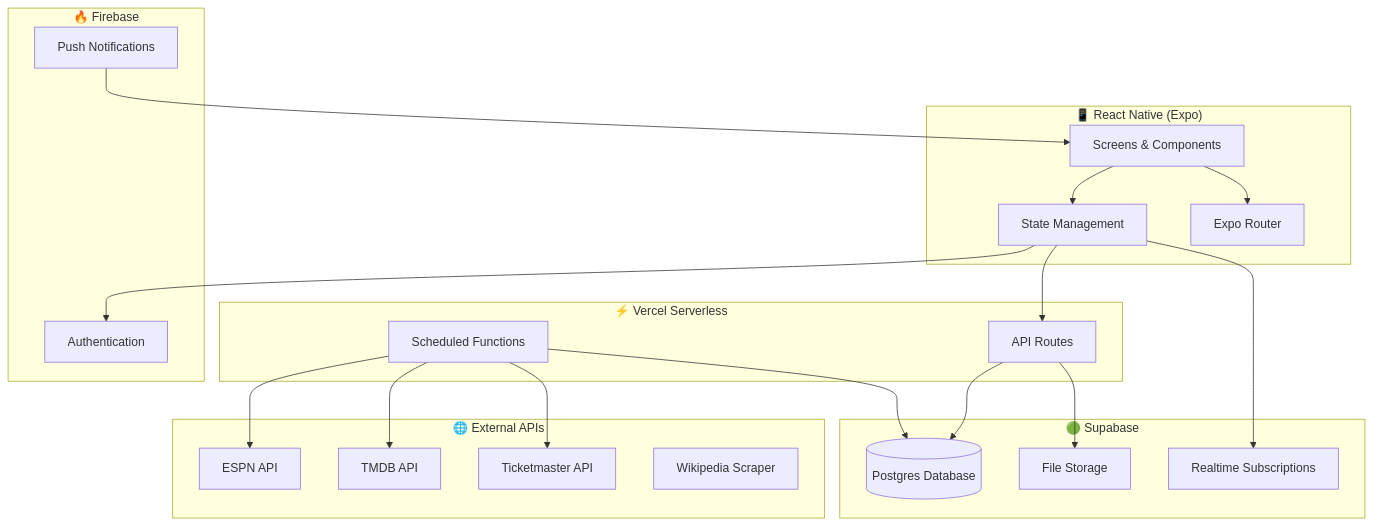
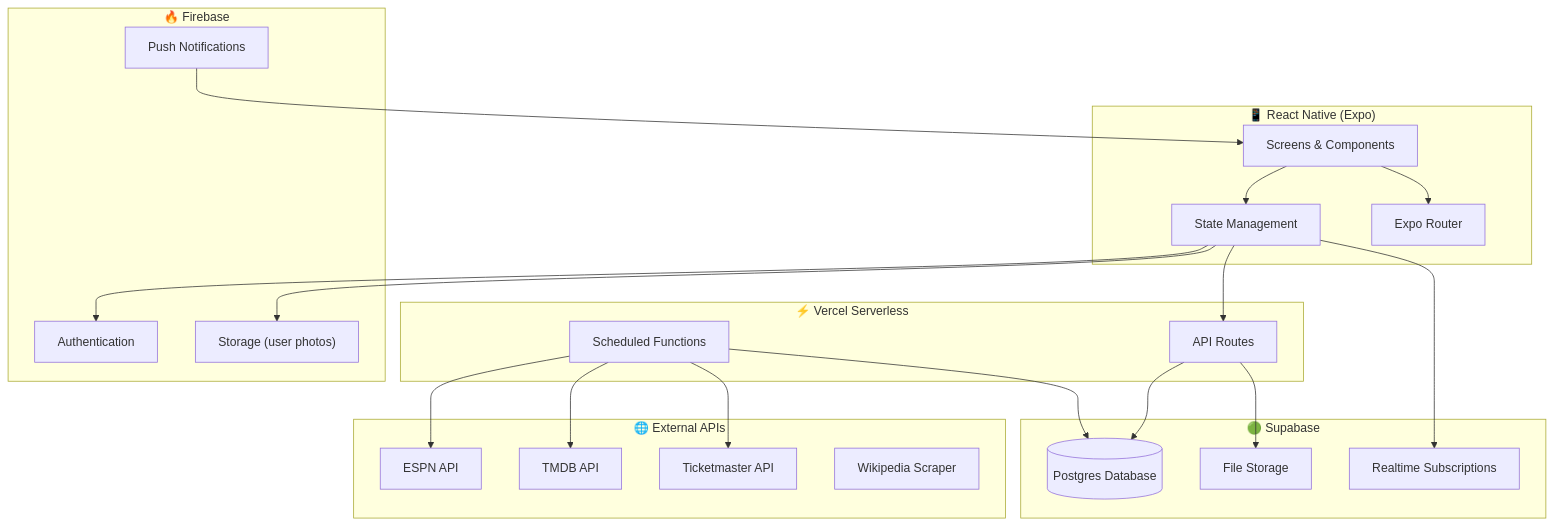
Before and after one commit to jonahr4/LogIt: the diagram in docs/TECH_STACK.md, drawn with Mermaid. The commit also changed other lines of this file and 15 other files, not shown here.

First line of the commit message:
feat: photo upload with Firebase Storage + sports browse flow docs

````diff
--- a/docs/TECH_STACK.md
+++ b/docs/TECH_STACK.md
@@ -43,44 +45,46 @@
 ```mermaid
 graph TB
     subgraph Client["📱 React Native (Expo)"]
         UI[Screens & Components]
         State[State Management]
         Nav[Expo Router]
     end
 
     subgraph Vercel["⚡ Vercel Serverless"]
         API[API Routes]
         Cron[Scheduled Functions]
     end
 
     subgraph Supabase["🟢 Supabase"]
         DB[(Postgres Database)]
         Storage[File Storage]
         Realtime[Realtime Subscriptions]
     end
 
     subgraph Firebase["🔥 Firebase"]
         Auth[Authentication]
+        FBStorage["Storage (user photos)"]
         Push[Push Notifications]
     end
 
     subgraph External["🌐 External APIs"]
         SportsAPI[ESPN API]
         TMDB[TMDB API]
         Ticketmaster[Ticketmaster API]
         Wikipedia[Wikipedia Scraper]
     end
 
     UI --> State
     UI --> Nav
     State --> API
     State --> Auth
     State --> Realtime
+    State --> FBStorage
     API --> DB
     API --> Storage
     Cron --> SportsAPI
     Cron --> TMDB
     Cron --> Ticketmaster
     Cron --> DB
     Push --> UI
 ```
````
